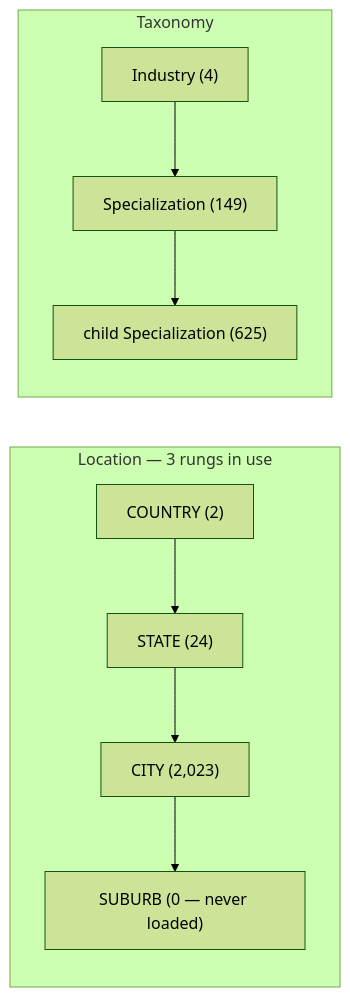
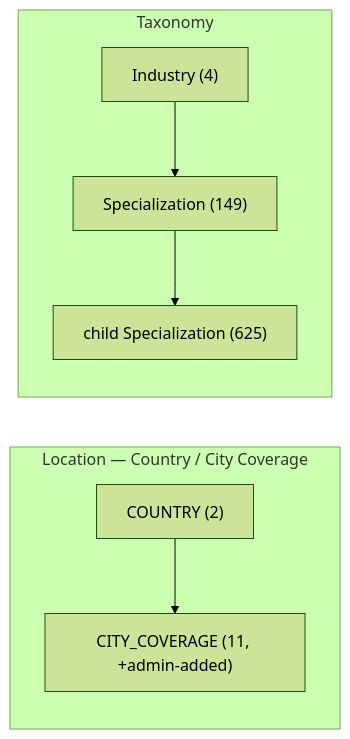
One commit to Marcuswong0327/linktal-recruitment-os changed the second of 4 diagrams in docs/scope-explained.md. Above: the diagram before and after it, drawn with Mermaid (forest theme). The commit also changed other lines of this file and 103 other files, not shown here.

````diff
--- a/docs/scope-explained.md
+++ b/docs/scope-explained.md
@@ -85,9 +85,9 @@
 ```mermaid
 flowchart LR
-    subgraph LOC["Location — 3 rungs in use"]
-        C1["COUNTRY (2)"] --> S1["STATE (24)"] --> CI1["CITY (2,023)"] --> SU1["SUBURB (0 — never loaded)"]
+    subgraph LOC["Location — Country / City Coverage"]
+        C1["COUNTRY (2)"] --> CI1["CITY_COVERAGE (11, +admin-added)"]
     end
     subgraph TAX["Taxonomy"]
         I1["Industry (4)"] --> P1["Specialization (149)"] --> P2["child Specialization (625)"]
     end
 ```
````
